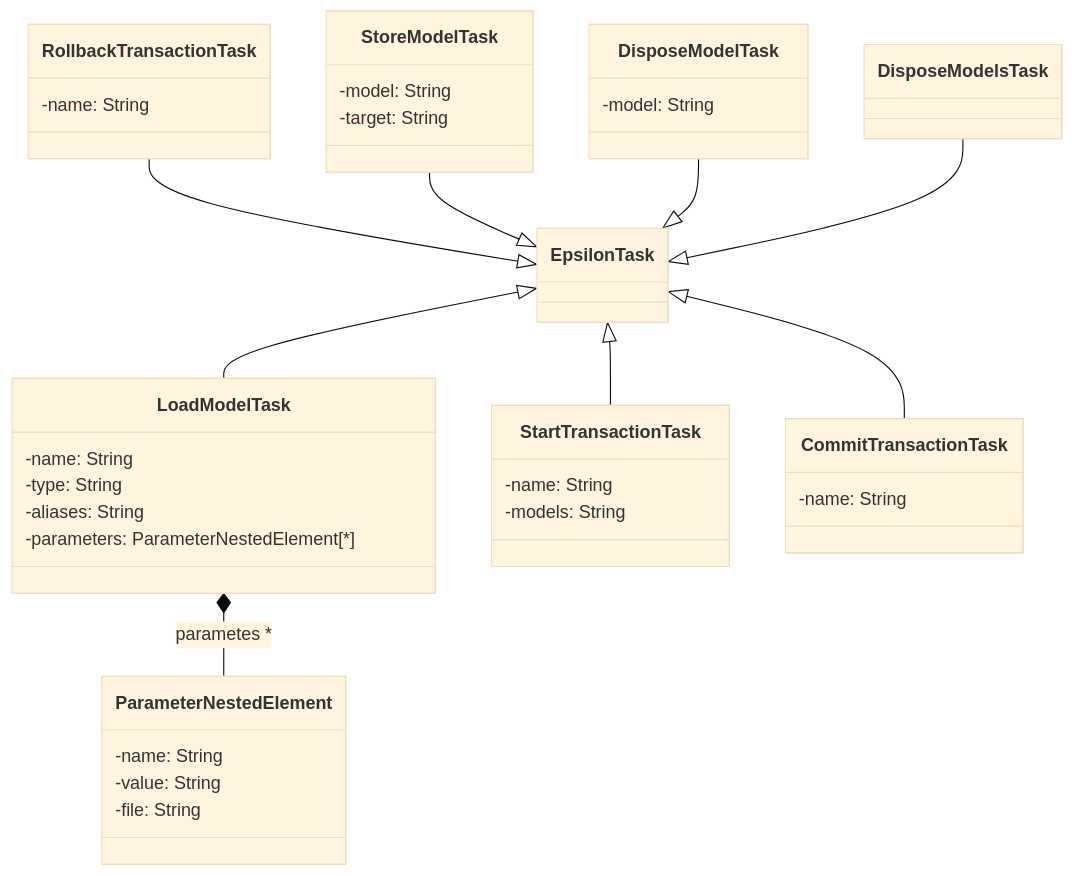
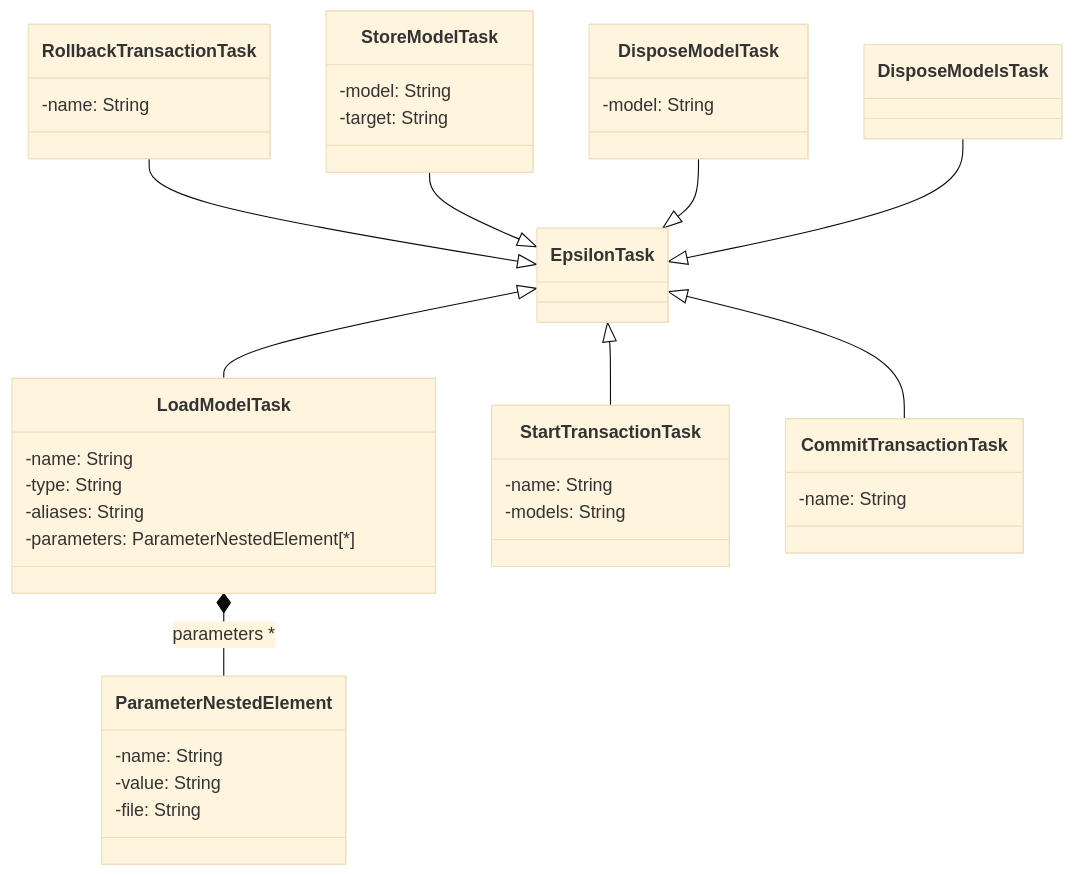
The diagram in mkdocs/docs/doc/workflow.md (eclipse/epsilon-website), drawn with Mermaid (base theme) before and after one commit.

````diff
--- a/mkdocs/docs/doc/workflow.md
+++ b/mkdocs/docs/doc/workflow.md
@@ -146,39 +146,39 @@
 ```mermaid
 classDiagram
 class LoadModelTask {
   -name: String
   -type: String
   -aliases: String
   -parameters: ParameterNestedElement[*]
 }
 class ParameterNestedElement {
   -name: String
   -value: String
   -file: String
 }
 class StoreModelTask {
   -model: String
   -target: String
 }
 class DisposeModelTask {
   -model: String
 }
 class StartTransactionTask {
   -name: String
   -models: String
 }
 class CommitTransactionTask {
   -name: String
 }
 class RollbackTransactionTask {
   -name: String
 }
 EpsilonTask <|-- CommitTransactionTask
 EpsilonTask <|-- StartTransactionTask
 RollbackTransactionTask --|> EpsilonTask
 EpsilonTask <|-- LoadModelTask
 StoreModelTask --|> EpsilonTask
 DisposeModelTask --|> EpsilonTask
 DisposeModelsTask --|> EpsilonTask
-LoadModelTask *-- ParameterNestedElement: parametes *
+LoadModelTask *-- ParameterNestedElement: parameters *
 ```
````
